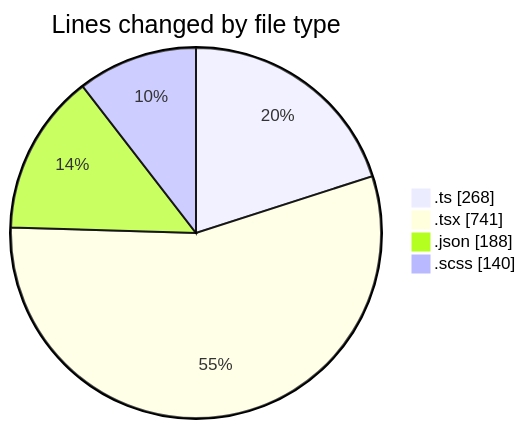
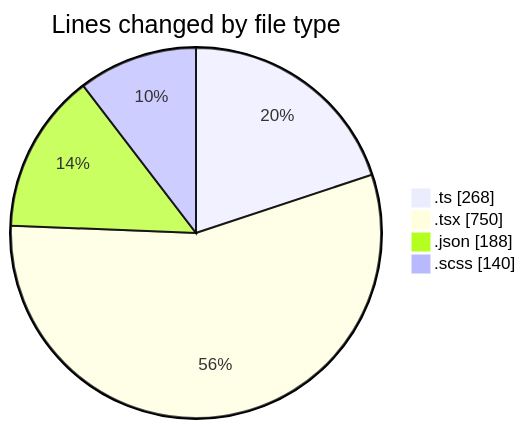
The first of 2 diagrams in 2026-05-07/cda/README.md (momahboobian/code-tracking), drawn with Mermaid before and after one commit. The commit also changed other lines of this file and 1 other file, not shown here.

````diff
--- a/2026-05-07/cda/README.md
+++ b/2026-05-07/cda/README.md
@@ -32,8 +32,8 @@
 ```mermaid
 pie showData
 title Lines changed by file type
 ".ts" : 268
-".tsx" : 741
+".tsx" : 750
 ".json" : 188
 ".scss" : 140
 ```
````
